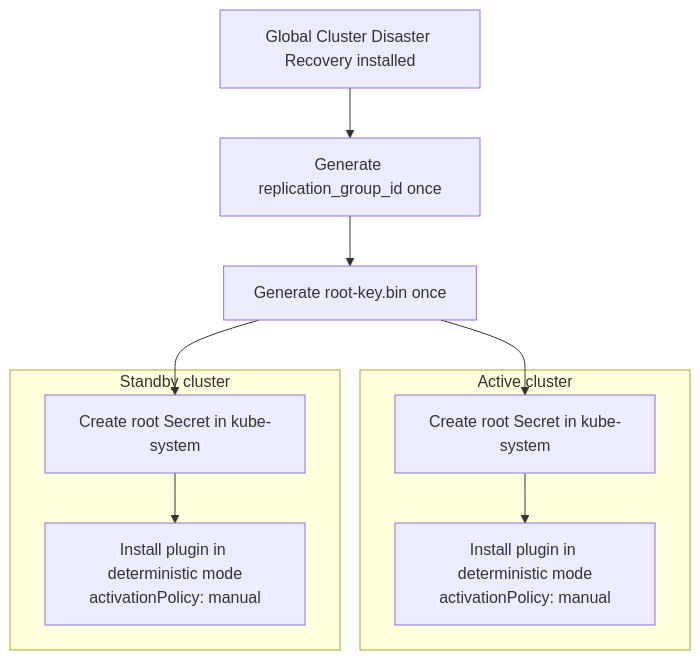
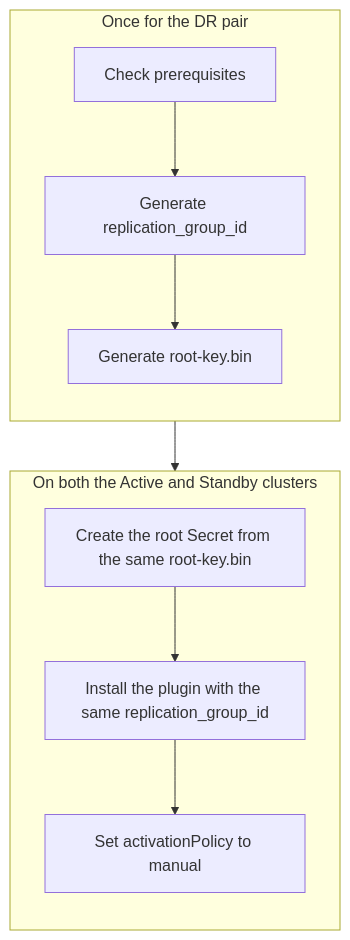
One commit to alauda/acp-docs changed the first of 3 diagrams in docs/en/configure/etcd/encryption.mdx. Above: the diagram before and after it, drawn with Mermaid. The commit also changed other lines of this file, not shown here.

Commit message:
docs(etcd): regroup the install flow diagram by where each step runs
Split the diagram into steps done once for the DR pair and steps
repeated on both clusters, matching the numbered install steps, and
state that activationPolicy is set on both clusters because the
Standby becomes the Active after a failover.

````diff
--- a/docs/en/configure/etcd/encryption.mdx
+++ b/docs/en/configure/etcd/encryption.mdx
@@ -67,13 +67,14 @@
 ```mermaid
 flowchart TD
-    pre["Global Cluster Disaster Recovery installed"] --> gid["Generate replication_group_id once"]
-    gid --> key["Generate root-key.bin once"]
-    key --> A1
-    key --> S1
-    subgraph active ["Active cluster"]
-        A1["Create root Secret in kube-system"] --> A2["Install plugin in deterministic mode<br/>activationPolicy: manual"]
+    subgraph once ["Once for the DR pair"]
+        direction TB
+        p1["Check prerequisites"] --> p2["Generate replication_group_id"]
+        p2 --> p3["Generate root-key.bin"]
     end
-    subgraph standby ["Standby cluster"]
-        S1["Create root Secret in kube-system"] --> S2["Install plugin in deterministic mode<br/>activationPolicy: manual"]
+    subgraph each ["On both the Active and Standby clusters"]
+        direction TB
+        e1["Create the root Secret from the same root-key.bin"] --> e2["Install the plugin with the same replication_group_id"]
+        e2 --> e3["Set activationPolicy to manual"]
     end
+    p3 --> e1
 ```
````
